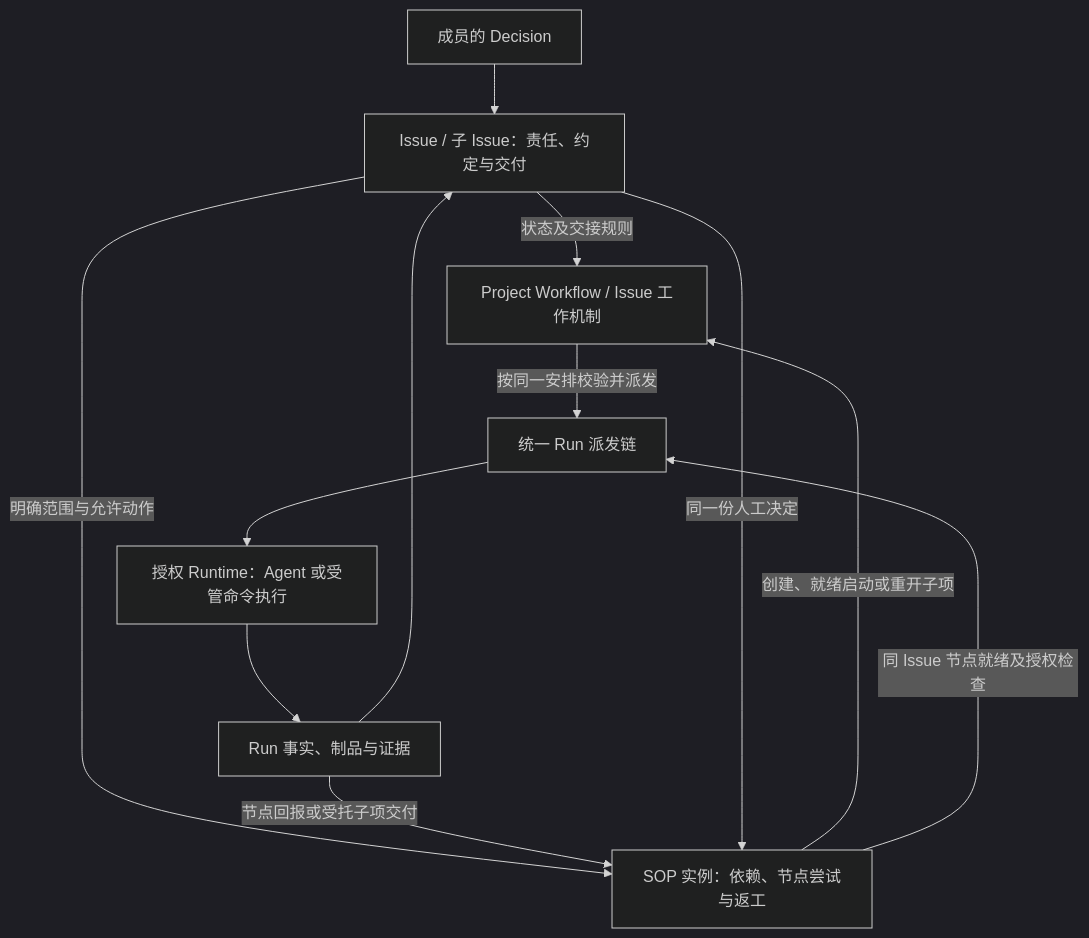
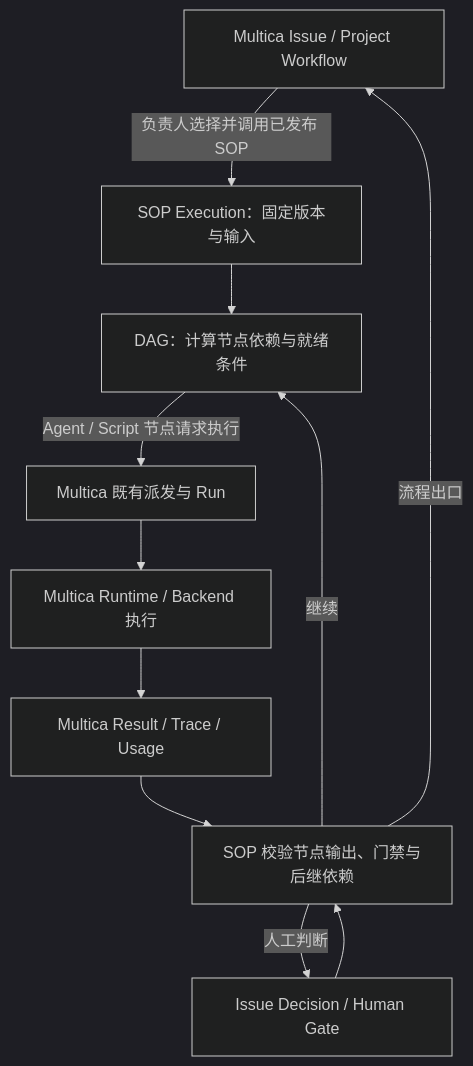
The diagram in docs/architecture/02-sop-workflow.md (ScWen7/Issues), drawn with Mermaid (dark theme) before and after one commit. The commit also changed other lines of this file, not shown here.

Commit message:
docs: 重构 SOP 设计为 Multica 工作流上的流程能力

````diff
--- a/docs/architecture/02-sop-workflow.md
+++ b/docs/architecture/02-sop-workflow.md
@@ -23,14 +40,13 @@
 ```mermaid
-flowchart TB
-    I["Issue / 子 Issue：责任、约定与交付"] -->|状态及交接规则| W["Project Workflow / Issue 工作机制"]
-    I -->|明确范围与允许动作| S["SOP 实例：依赖、节点尝试与返工"]
-    S -->|创建、就绪启动或重开子项| W
-    W -->|按同一安排校验并派发| Q["统一 Run 派发链"]
-    S -->|同 Issue 节点就绪及授权检查| Q
-    Q --> R["授权 Runtime：Agent 或受管命令执行"]
-    R --> E["Run 事实、制品与证据"]
-    E -->|节点回报或受托子项交付| S
-    E --> I
-    H["成员的 Decision"] --> I
-    I -->|同一份人工决定| S
+flowchart TD
+    I["Multica Issue / Project Workflow"] -->|"负责人选择并调用已发布 SOP"| S["SOP Execution：固定版本与输入"]
+    S --> D["DAG：计算节点依赖与就绪条件"]
+    D -->|"Agent / Script 节点请求执行"| M["Multica 既有派发与 Run"]
+    M --> R["Multica Runtime / Backend 执行"]
+    R --> T["Multica Result / Trace / Usage"]
+    T --> C["SOP 校验节点输出、门禁与后继依赖"]
+    C -->|"继续"| D
+    C -->|"人工判断"| H["Issue Decision / Human Gate"]
+    H --> C
+    C -->|"流程出口"| I
 ```
````
